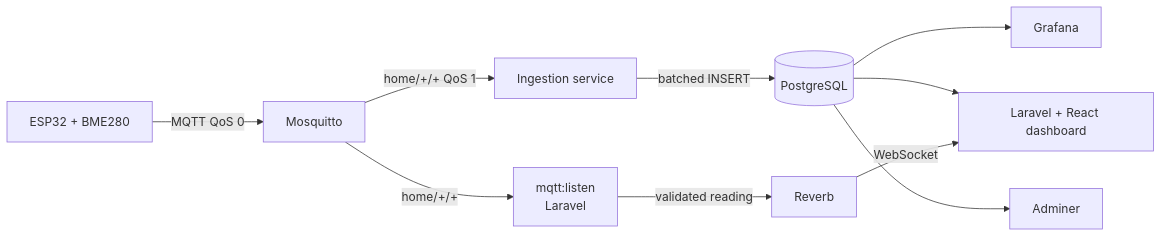
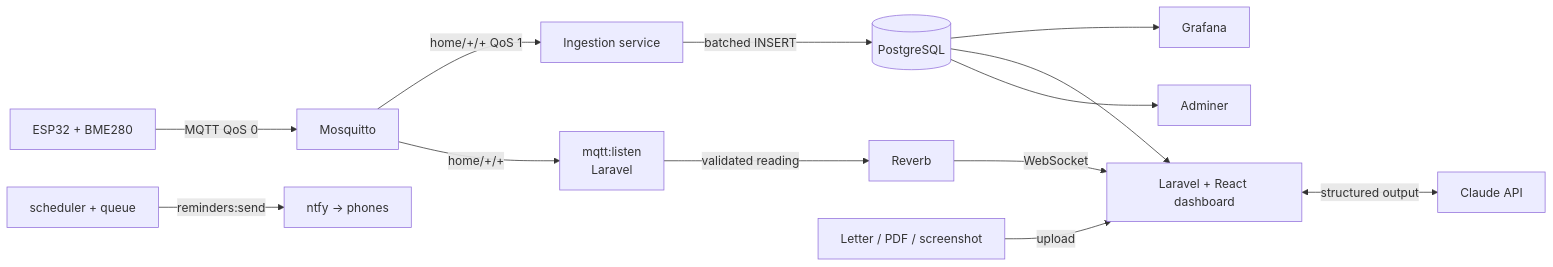
Before and after one commit to joelfrens/home-automation: the diagram in README.md, drawn with Mermaid. The commit also changed other lines of this file and 70 other files, not shown here.

Commit message:
school reminders with AI letter reading and ntfy push

````diff
--- a/README.md
+++ b/README.md
@@ -13,12 +13,15 @@
 ```mermaid
 flowchart LR
     A[ESP32 + BME280] -->|MQTT QoS 0| B[Mosquitto]
     B -->|home/+/+ QoS 1| C[Ingestion service]
     C -->|batched INSERT| D[(PostgreSQL)]
     D --> E[Grafana]
     D --> G[Laravel + React dashboard]
     D --> F[Adminer]
     B -->|home/+/+| H[mqtt:listen<br/>Laravel]
     H -->|validated reading| R[Reverb]
     R -->|WebSocket| G
+    L[Letter / PDF / screenshot] -->|upload| G
+    G <-->|structured output| AI[Claude API]
+    S[scheduler + queue] -->|reminders:send| N[ntfy → phones]
 ```
````
